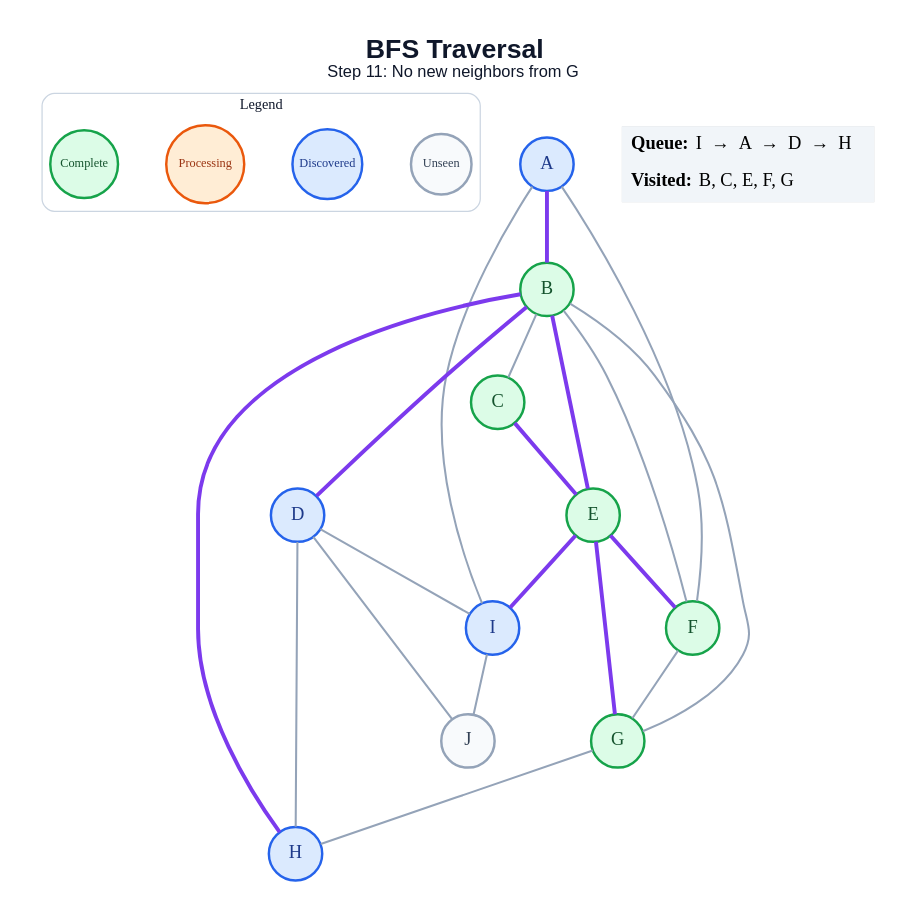
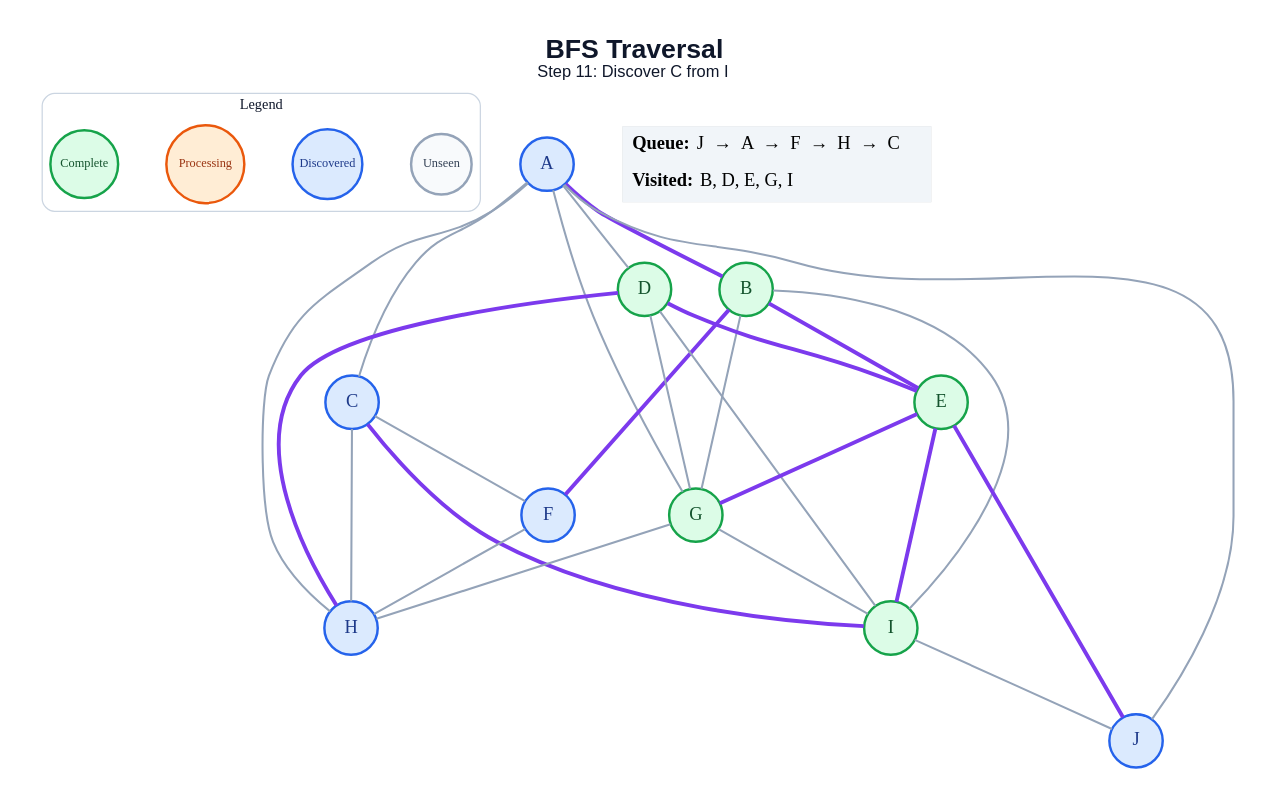
The diagram in generated/specific-node/bfs/step_11.dot (amanghodawala9/ai-slop), drawn with Graphviz before and after one commit. The commit also changed 178 other files, not shown here.

```diff
--- a/generated/specific-node/bfs/step_11.dot
+++ b/generated/specific-node/bfs/step_11.dot
@@ -1,48 +1,53 @@
 graph traversal {
   graph [layout=dot, rankdir=TB, bgcolor="#FFFFFF", pad="0.35", nodesep="0.65", ranksep="0.8", fontname="Arial"];
   node [shape=circle, style="filled", fontname="Arial Bold", fontsize=18, width=0.72, fixedsize=true, penwidth=2.4];
   edge [color="#94A3B8", penwidth=2.0];
-  label=<<B>BFS Traversal</B><BR/><FONT POINT-SIZE="16">Step 11: No new neighbors from G</FONT>>; labelloc="t"; fontsize=26; fontname="Arial"; fontcolor="#0F172A";
+  label=<<B>BFS Traversal</B><BR/><FONT POINT-SIZE="16">Step 11: Discover C from I</FONT>>; labelloc="t"; fontsize=26; fontname="Arial"; fontcolor="#0F172A";
   subgraph cluster_legend { label="Legend"; color="#CBD5E1"; penwidth=1.2; style="rounded"; fontsize=14; fontname="Arial Bold";
     key_unseen [label="Unseen", fillcolor="#F8FAFC", color="#94A3B8", fontcolor="#334155", fontsize=12, width=0.82];
     key_frontier [label="Discovered", fillcolor="#DBEAFE", color="#2563EB", fontcolor="#1E3A8A", fontsize=12, width=0.95];
     key_current [label="Processing", fillcolor="#FFEDD5", color="#EA580C", fontcolor="#9A3412", fontsize=12, width=1.05];
     key_done [label="Complete", fillcolor="#DCFCE7", color="#16A34A", fontcolor="#14532D", fontsize=12, width=0.92];
     { rank=same; key_unseen; key_frontier; key_current; key_done; }
   }
   A [fillcolor="#DBEAFE", color="#2563EB", fontcolor="#1E3A8A"];
   B [fillcolor="#DCFCE7", color="#16A34A", fontcolor="#14532D"];
-  C [fillcolor="#DCFCE7", color="#16A34A", fontcolor="#14532D"];
-  D [fillcolor="#DBEAFE", color="#2563EB", fontcolor="#1E3A8A"];
+  C [fillcolor="#DBEAFE", color="#2563EB", fontcolor="#1E3A8A"];
+  D [fillcolor="#DCFCE7", color="#16A34A", fontcolor="#14532D"];
   E [fillcolor="#DCFCE7", color="#16A34A", fontcolor="#14532D"];
-  F [fillcolor="#DCFCE7", color="#16A34A", fontcolor="#14532D"];
+  F [fillcolor="#DBEAFE", color="#2563EB", fontcolor="#1E3A8A"];
   G [fillcolor="#DCFCE7", color="#16A34A", fontcolor="#14532D"];
   H [fillcolor="#DBEAFE", color="#2563EB", fontcolor="#1E3A8A"];
-  I [fillcolor="#DBEAFE", color="#2563EB", fontcolor="#1E3A8A"];
-  J [fillcolor="#F8FAFC", color="#94A3B8", fontcolor="#334155"];
+  I [fillcolor="#DCFCE7", color="#16A34A", fontcolor="#14532D"];
+  J [fillcolor="#DBEAFE", color="#2563EB", fontcolor="#1E3A8A"];
   A -- B [color="#7C3AED", penwidth=3.8];
-  A -- F;
-  A -- I;
-  B -- C;
-  B -- D [color="#7C3AED", penwidth=3.8];
+  A -- C;
+  A -- D;
+  A -- G;
+  A -- H;
+  A -- J;
   B -- E [color="#7C3AED", penwidth=3.8];
-  B -- F;
+  B -- F [color="#7C3AED", penwidth=3.8];
   B -- G;
-  B -- H [color="#7C3AED", penwidth=3.8];
-  C -- E [color="#7C3AED", penwidth=3.8];
-  D -- H;
+  B -- I;
+  C -- F;
+  C -- H;
+  C -- I [color="#7C3AED", penwidth=3.8];
+  D -- E [color="#7C3AED", penwidth=3.8];
+  D -- G;
+  D -- H [color="#7C3AED", penwidth=3.8];
   D -- I;
-  D -- J;
-  E -- F [color="#7C3AED", penwidth=3.8];
   E -- G [color="#7C3AED", penwidth=3.8];
   E -- I [color="#7C3AED", penwidth=3.8];
-  F -- G;
+  E -- J [color="#7C3AED", penwidth=3.8];
+  F -- H;
   G -- H;
+  G -- I;
   I -- J;
   status [shape=plain, fixedsize=false, width=0, height=0, margin=0, label=<
     <TABLE BORDER="0" CELLBORDER="0" CELLPADDING="7" BGCOLOR="#F1F5F9">
-      <TR><TD ALIGN="LEFT"><B>Queue:</B> I  →  A  →  D  →  H</TD></TR>
-      <TR><TD ALIGN="LEFT"><B>Visited:</B> B, C, E, F, G</TD></TR>
+      <TR><TD ALIGN="LEFT"><B>Queue:</B> J  →  A  →  F  →  H  →  C</TD></TR>
+      <TR><TD ALIGN="LEFT"><B>Visited:</B> B, D, E, G, I</TD></TR>
     </TABLE>
   >];
 }
```
